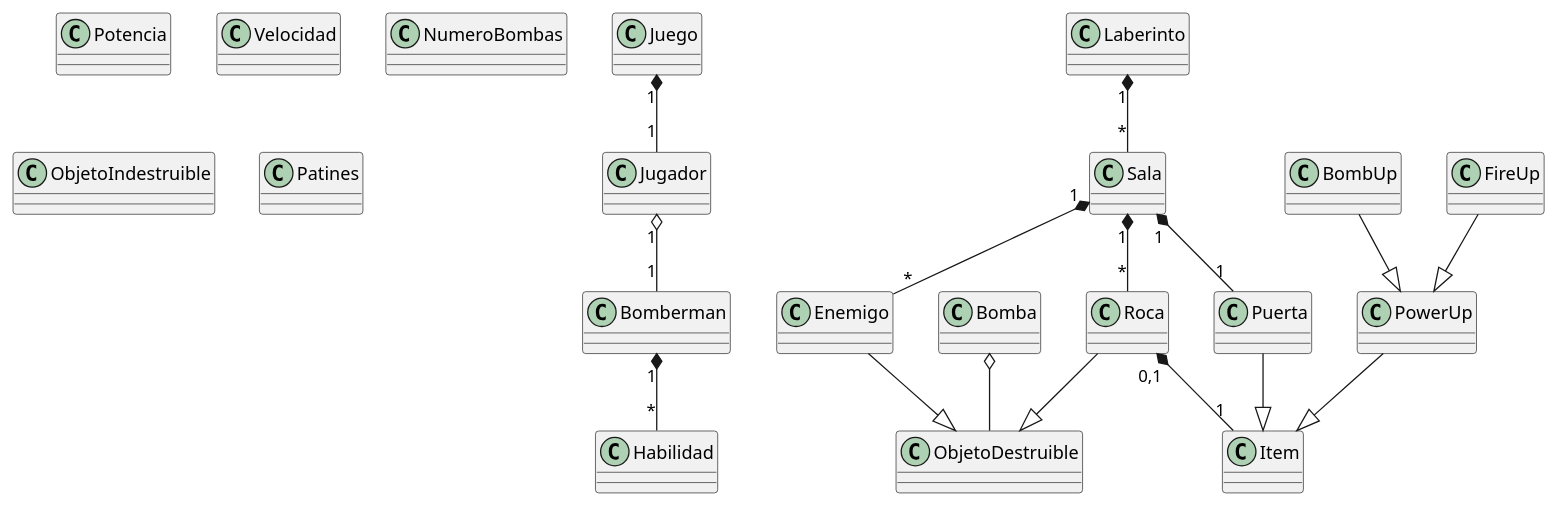
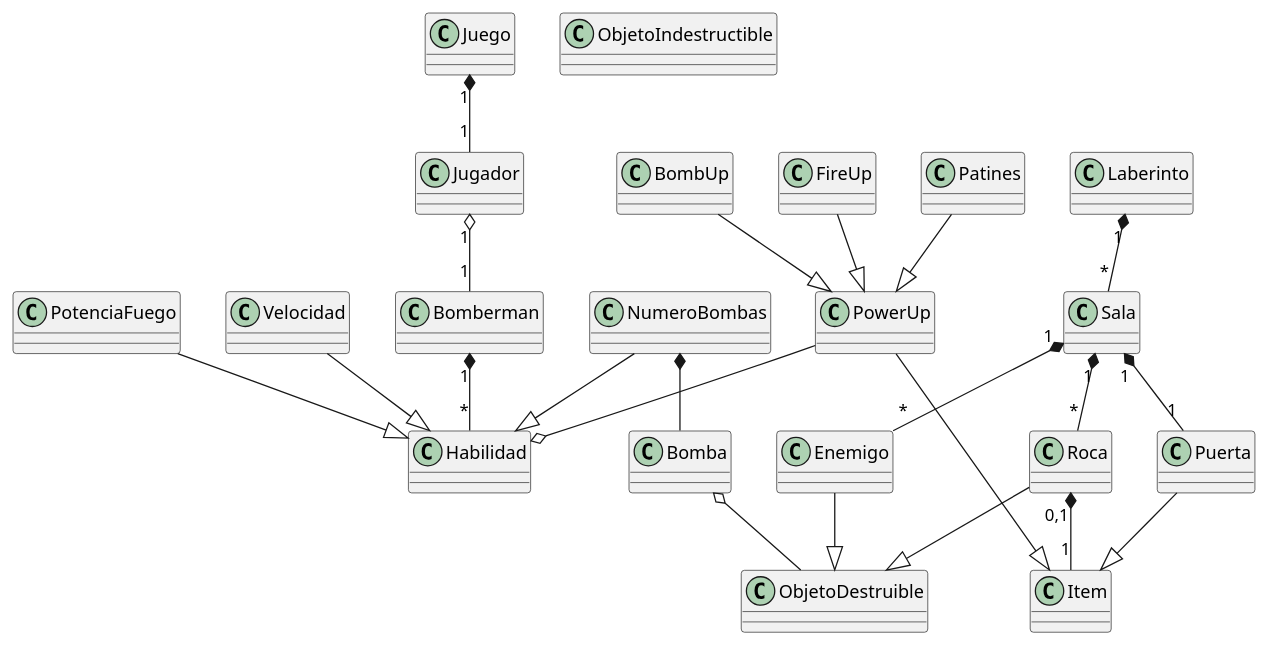
Before and after one commit to leofrancoceti/bomberman: the diagram in docs/bomberman.puml, drawn with PlantUML.

Commit message:
VERSION 0

```diff
--- a/docs/bomberman.puml
+++ b/docs/bomberman.puml
@@ -1,51 +1,58 @@
 @startuml Bomberman
-Class Juego 
-Class Jugador 
 
+class Juego
+class Jugador
 
-Class Habilidad 
-Class Potencia 
-Class Velocidad 
-Class NumeroBombas
-Class Bomberman 
-Class Enemigo
+class Habilidad
+class PotenciaFuego
+class Velocidad
+class NumeroBombas
+class Bomberman
+class Enemigo
 
-Class Sala 
-Class Laberinto
-Class Puerta 
-Class Roca 
-Class ObjetoDestruible
-Class ObjetoIndestruible
+class Sala
+class Laberinto
+class Puerta
+class Roca
+class ObjetoDestruible
+class ObjetoIndestructible
 
 Laberinto "1" *-- "*" Sala
-Sala "1" *-- "1" Puerta 
-Sala "1" *-- "*" Roca 
+Sala "1" *-- "1" Puerta
+Sala "1" *-- "*" Roca
 Sala "1" *-- "*" Enemigo
 Roca "0,1" *-- "1" Item
 Puerta --|> Item
-PowerUp --|>Item
+PowerUp --|> Item
 Roca --|> ObjetoDestruible
 Enemigo --|> ObjetoDestruible
 Bomba o-- ObjetoDestruible
 
 
-Class Item 
-Class Bomba
-Class BombUp 
-Class PowerUp
-Class FireUp
-Class Patines
 
+class Item
+class Bomba
+class PowerUp
+class BombUp
+class FireUp
+class Patines
 
 
 Juego "1" *-- "1" Jugador
 Jugador "1" o-- "1" Bomberman
-Bomberman "1" *-- "*" Habilidad 
+Bomberman "1" *-- "*" Habilidad
 
 BombUp --|> PowerUp
 FireUp --|> PowerUp
+Patines --|> PowerUp
 
+PotenciaFuego --|> Habilidad
+Velocidad --|> Habilidad
+NumeroBombas --|> Habilidad
 
+PowerUp --o Habilidad
+
+NumeroBombas *-- Bomba
 
 
 @enduml
```
